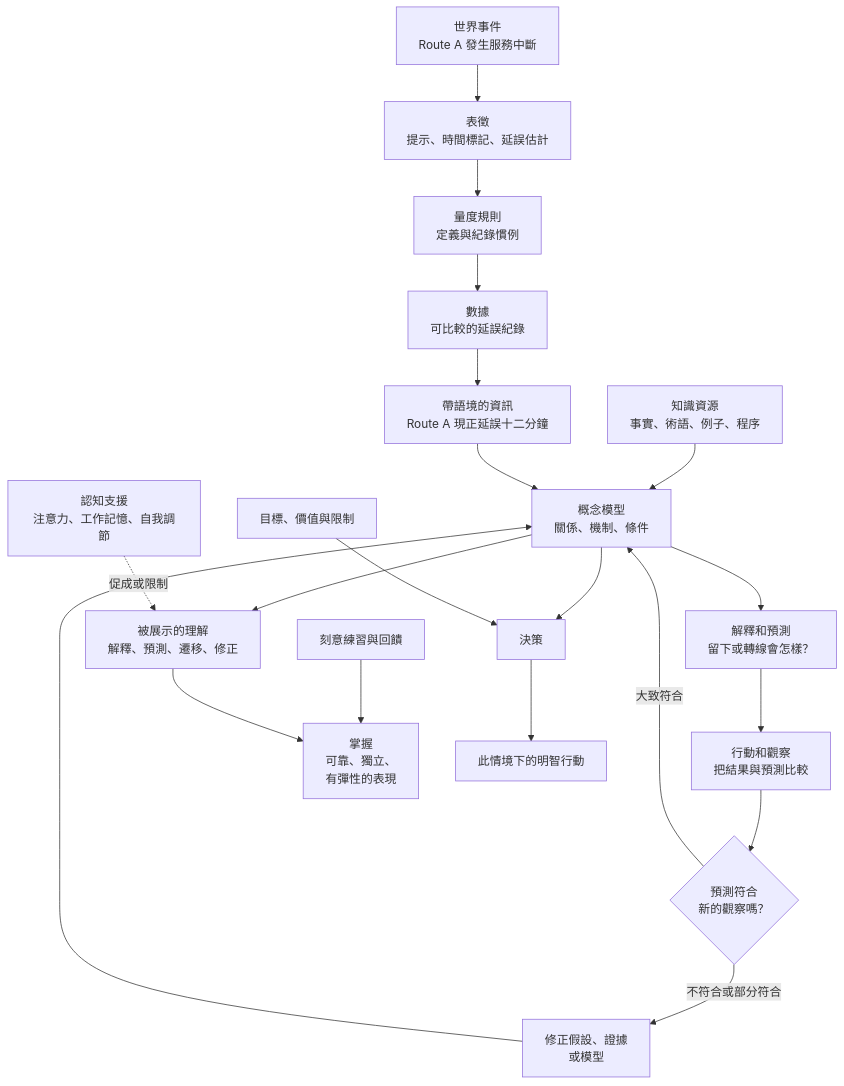
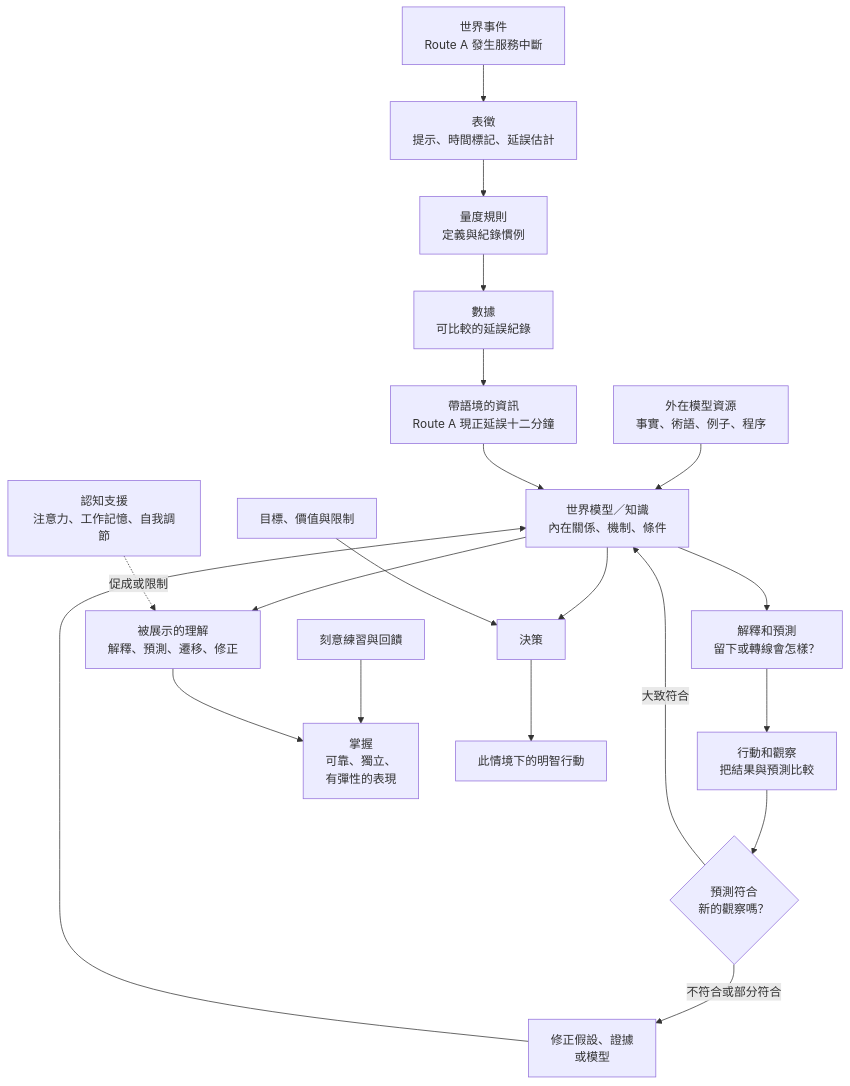
One commit to lipohong/study changed the diagram in _posts/knowledge/2026-09-18-knowledge-full-map.zh-CN.md. Above: the diagram before and after it, drawn with Mermaid. The commit also changed other lines of this file and 15 other files, not shown here.

````diff
--- a/_posts/knowledge/2026-09-18-knowledge-full-map.zh-CN.md
+++ b/_posts/knowledge/2026-09-18-knowledge-full-map.zh-CN.md
@@ -55,25 +56,25 @@
 ```mermaid
 flowchart TB
     Event["世界事件<br/>Route A 發生服務中斷"] --> Rep["表徵<br/>提示、時間標記、延誤估計"]
     Rep --> Rule["量度規則<br/>定義與紀錄慣例"]
     Rule --> Data["數據<br/>可比較的延誤紀錄"]
     Data --> Info["帶語境的資訊<br/>Route A 現正延誤十二分鐘"]
 
-    Facts["知識資源<br/>事實、術語、例子、程序"] --> Model["概念模型<br/>關係、機制、條件"]
+    Facts["外在模型資源<br/>事實、術語、例子、程序"] --> Model["世界模型／知識<br/>內在關係、機制、條件"]
     Info --> Model
     Model --> Predict["解釋和預測<br/>留下或轉線會怎樣？"]
     Predict --> Observe["行動和觀察<br/>把結果與預測比較"]
     Observe --> Check{"預測符合<br/>新的觀察嗎？"}
     Check -->|"大致符合"| Model
     Check -->|"不符合或部分符合"| Revise["修正假設、證據<br/>或模型"]
     Revise --> Model
 
     Model --> Understand["被展示的理解<br/>解釋、預測、遷移、修正"]
     Supports["認知支援<br/>注意力、工作記憶、自我調節"] -. "促成或限制" .-> Understand
     Practice["刻意練習與回饋"] --> Mastery["掌握<br/>可靠、獨立、<br/>有彈性的表現"]
     Understand --> Mastery
 
     Model --> Decision["決策"]
     Goals["目標、價值與限制"] --> Decision
     Decision --> Action["此情境下的明智行動"]
 ```
````
